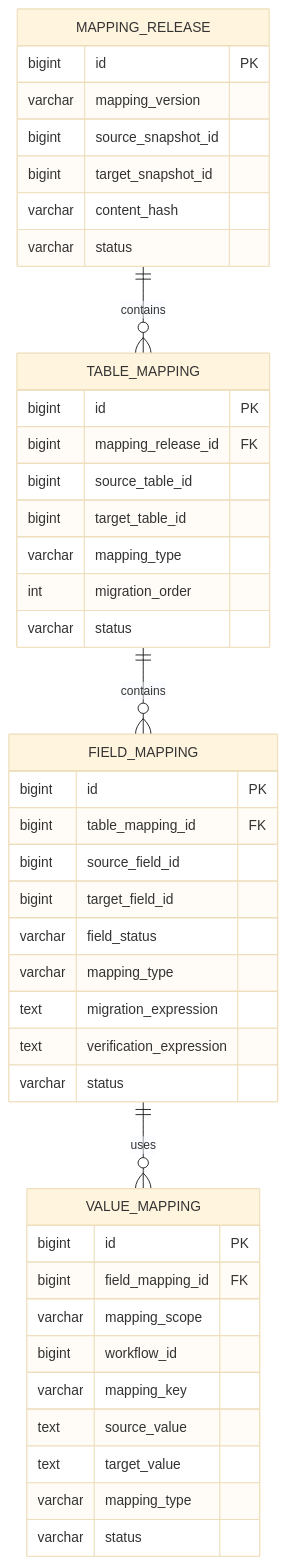
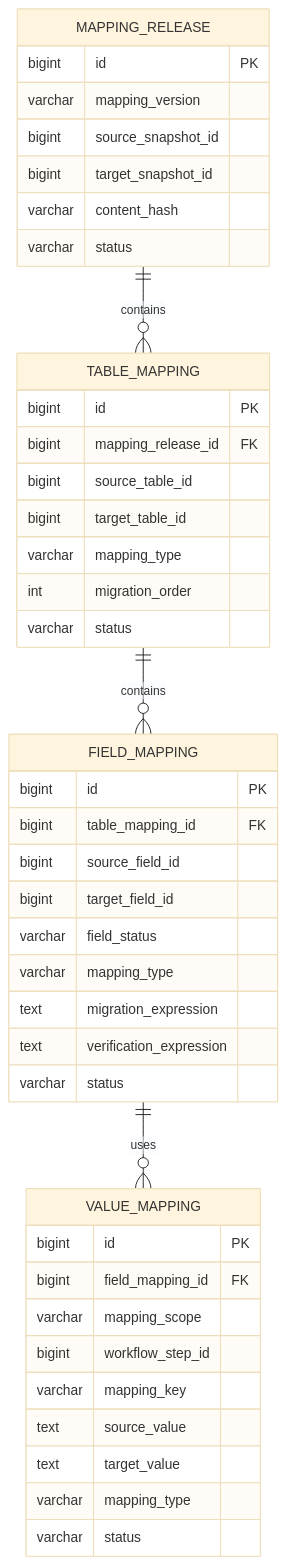
One commit to duyduyly/php-notebook changed the third of 3 diagrams in docs/joomla/learning/database/migration/tutorial/migration-workflow.md. Above: the diagram before and after it, drawn with Mermaid (base theme). The commit also changed other lines of this file, not shown here.

Commit message:
Refine workflow steps and add Codex generation prompts

````diff
--- a/docs/joomla/learning/database/migration/tutorial/migration-workflow.md
+++ b/docs/joomla/learning/database/migration/tutorial/migration-workflow.md
@@ -1046,49 +1232,49 @@
 ```mermaid
 erDiagram
     MAPPING_RELEASE ||--o{ TABLE_MAPPING : contains
     TABLE_MAPPING ||--o{ FIELD_MAPPING : contains
     FIELD_MAPPING ||--o{ VALUE_MAPPING : uses
 
     MAPPING_RELEASE {
         bigint id PK
         varchar mapping_version
         bigint source_snapshot_id
         bigint target_snapshot_id
         varchar content_hash
         varchar status
     }
 
     TABLE_MAPPING {
         bigint id PK
         bigint mapping_release_id FK
         bigint source_table_id
         bigint target_table_id
         varchar mapping_type
         int migration_order
         varchar status
     }
 
     FIELD_MAPPING {
         bigint id PK
         bigint table_mapping_id FK
         bigint source_field_id
         bigint target_field_id
         varchar field_status
         varchar mapping_type
         text migration_expression
         text verification_expression
         varchar status
     }
 
     VALUE_MAPPING {
         bigint id PK
         bigint field_mapping_id FK
         varchar mapping_scope
-        bigint workflow_id
+        bigint workflow_step_id
         varchar mapping_key
         text source_value
         text target_value
         varchar mapping_type
         varchar status
     }
 ```
````
